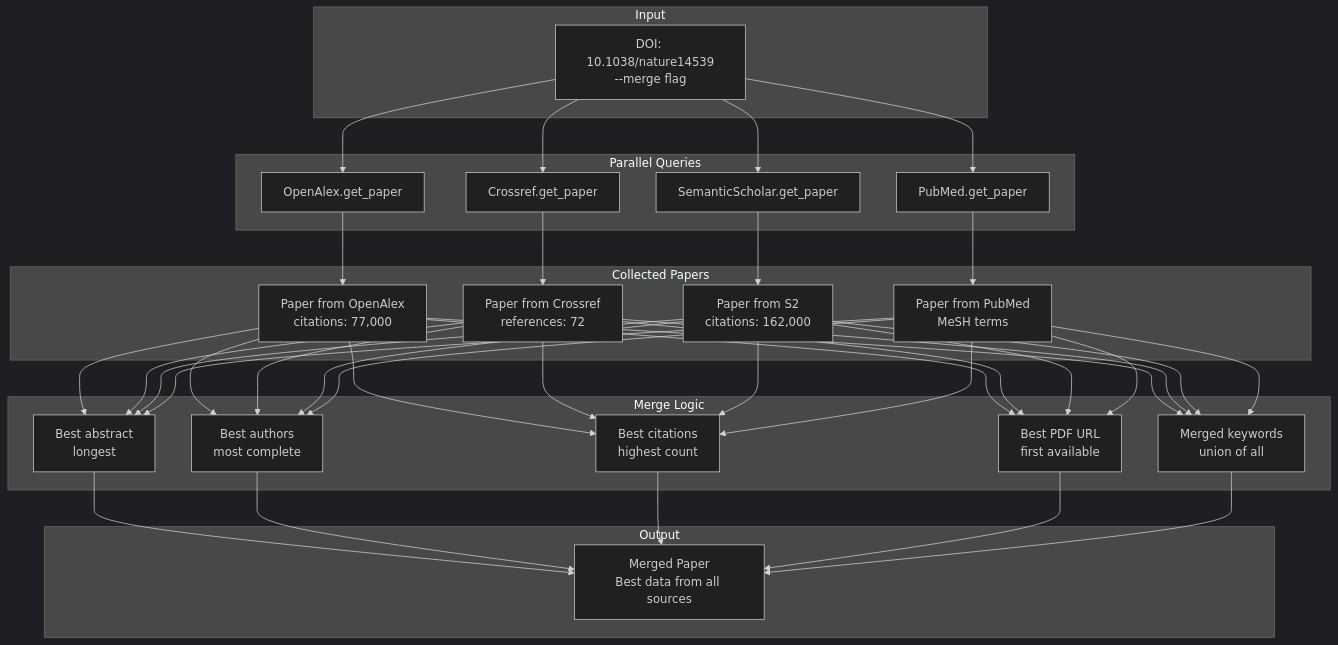
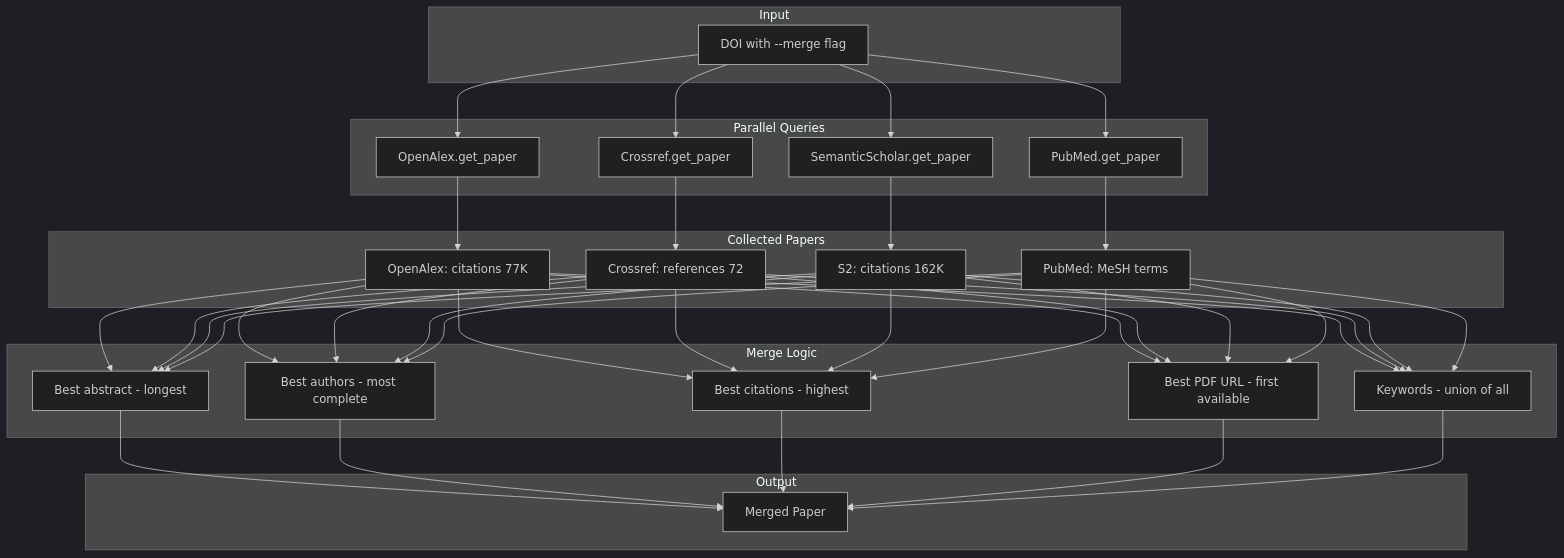
The fourth of 15 diagrams in docs/ARCHITECTURE.md (SteadfastAsArt/paper-ladder), drawn with Mermaid (dark theme) before and after one commit. The commit also changed other lines of this file, not shown here.

Commit message:
Fix Mermaid syntax for GitHub compatibility

````diff
--- a/docs/ARCHITECTURE.md
+++ b/docs/ARCHITECTURE.md
@@ -258,40 +257,40 @@
 ```mermaid
 flowchart TB
     subgraph Input
-        DOI["DOI: 10.1038/nature14539<br/>--merge flag"]
+        DOI[DOI with --merge flag]
     end
 
-    subgraph "Parallel Queries"
+    subgraph Queries[Parallel Queries]
         Q1[OpenAlex.get_paper]
         Q2[Crossref.get_paper]
         Q3[SemanticScholar.get_paper]
         Q4[PubMed.get_paper]
     end
 
-    subgraph "Collected Papers"
-        P1["Paper from OpenAlex<br/>citations: 77,000"]
-        P2["Paper from Crossref<br/>references: 72"]
-        P3["Paper from S2<br/>citations: 162,000"]
-        P4["Paper from PubMed<br/>MeSH terms"]
+    subgraph Collected[Collected Papers]
+        P1[OpenAlex: citations 77K]
+        P2[Crossref: references 72]
+        P3[S2: citations 162K]
+        P4[PubMed: MeSH terms]
     end
 
-    subgraph "Merge Logic"
-        M1[Best abstract<br/>longest]
-        M2[Best authors<br/>most complete]
-        M3[Best citations<br/>highest count]
-        M4[Best PDF URL<br/>first available]
-        M5[Merged keywords<br/>union of all]
+    subgraph MergeLogic[Merge Logic]
+        M1[Best abstract - longest]
+        M2[Best authors - most complete]
+        M3[Best citations - highest]
+        M4[Best PDF URL - first available]
+        M5[Keywords - union of all]
     end
 
     subgraph Output
-        MERGED["Merged Paper<br/>Best data from all sources"]
+        MERGED[Merged Paper]
     end
 
     DOI --> Q1 & Q2 & Q3 & Q4
     Q1 --> P1
     Q2 --> P2
     Q3 --> P3
     Q4 --> P4
     P1 & P2 & P3 & P4 --> M1 & M2 & M3 & M4 & M5
     M1 & M2 & M3 & M4 & M5 --> MERGED
 ```
````
